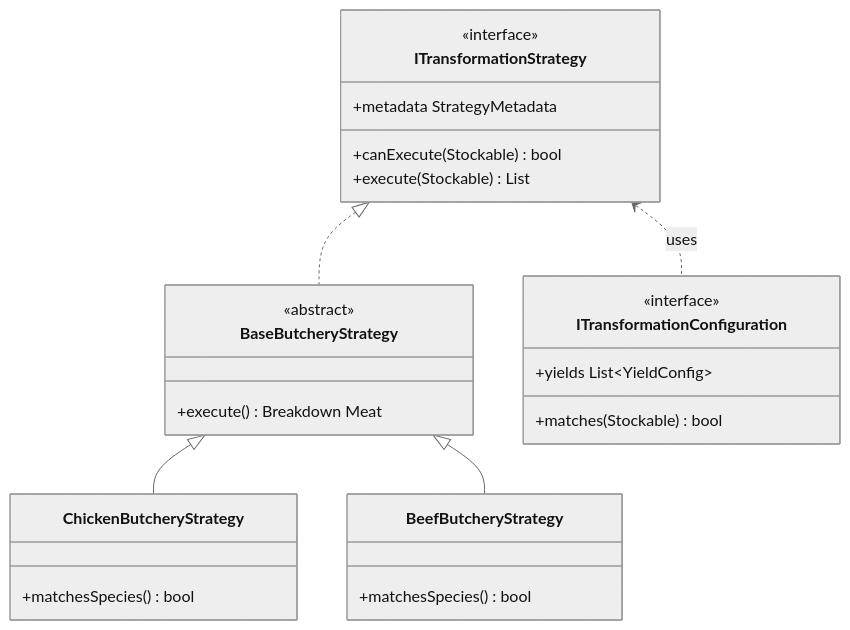
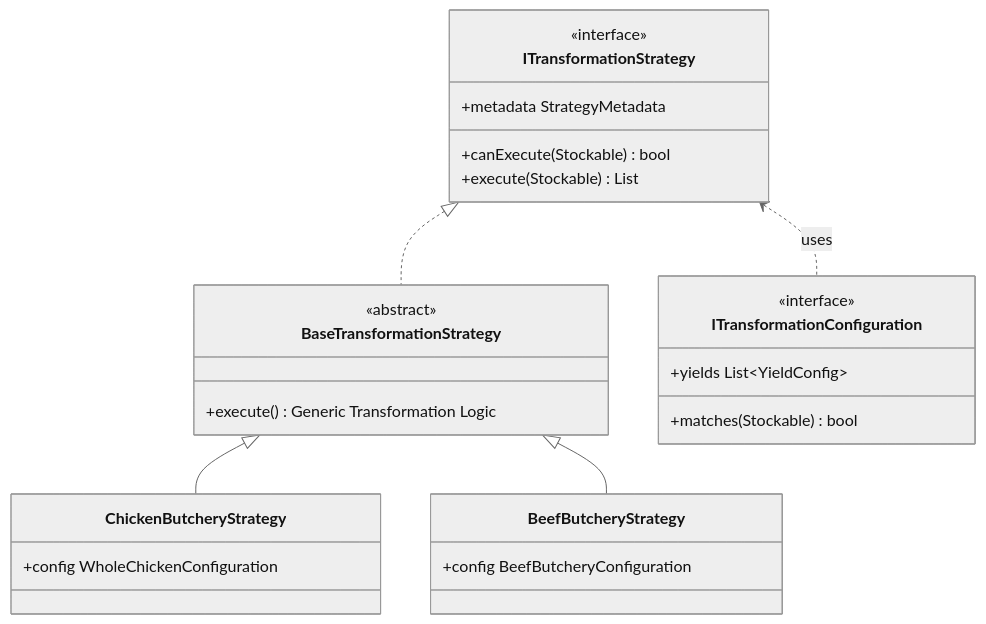
One commit to akshaysinro/item_task changed the diagram in lib/modules/inventory_transformation/TRANSFORMATION.md. Above: the diagram before and after it, drawn with Mermaid (neutral theme). The commit also changed other lines of this file and 19 other files, not shown here.

````diff
--- a/lib/modules/inventory_transformation/TRANSFORMATION.md
+++ b/lib/modules/inventory_transformation/TRANSFORMATION.md
@@ -11,29 +11,29 @@
 ```mermaid
 classDiagram
     class ITransformationStrategy {
         <<interface>>
         +metadata StrategyMetadata
         +canExecute(Stockable) bool
         +execute(Stockable) List<Stockable>
     }
-    class BaseButcheryStrategy {
+    class BaseTransformationStrategy {
         <<abstract>>
-        +execute() Breakdown Meat
+        +execute() Generic Transformation Logic
     }
     class ChickenButcheryStrategy {
-        +matchesSpecies() bool
+        +config WholeChickenConfiguration
     }
     class BeefButcheryStrategy {
-        +matchesSpecies() bool
+        +config BeefButcheryConfiguration
     }
     class ITransformationConfiguration {
         <<interface>>
         +yields List~YieldConfig~
         +matches(Stockable) bool
     }
 
-    ITransformationStrategy <|.. BaseButcheryStrategy
-    BaseButcheryStrategy <|-- ChickenButcheryStrategy
-    BaseButcheryStrategy <|-- BeefButcheryStrategy
+    ITransformationStrategy <|.. BaseTransformationStrategy
+    BaseTransformationStrategy <|-- ChickenButcheryStrategy
+    BaseTransformationStrategy <|-- BeefButcheryStrategy
     ITransformationStrategy <.. ITransformationConfiguration : uses
 ```
````
